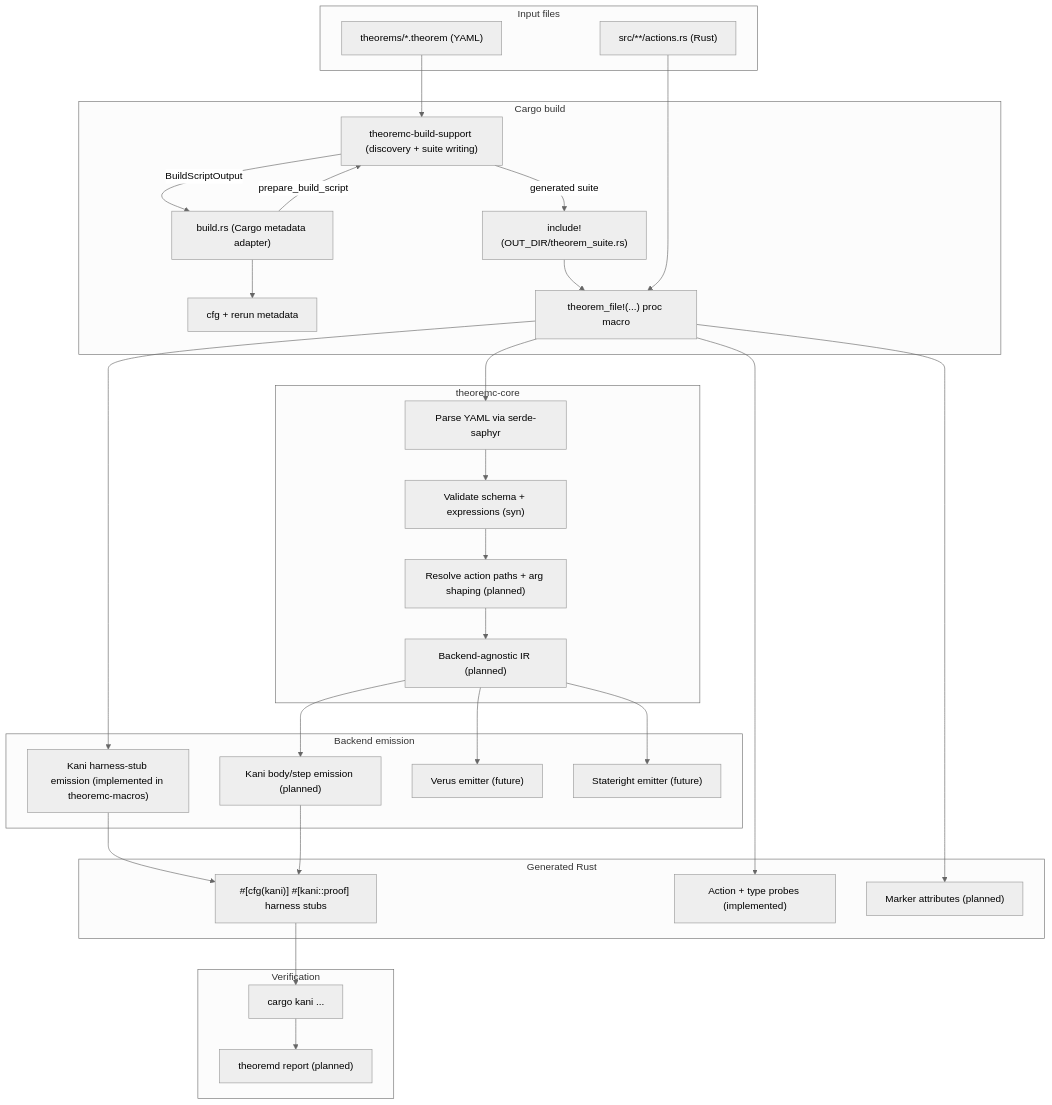
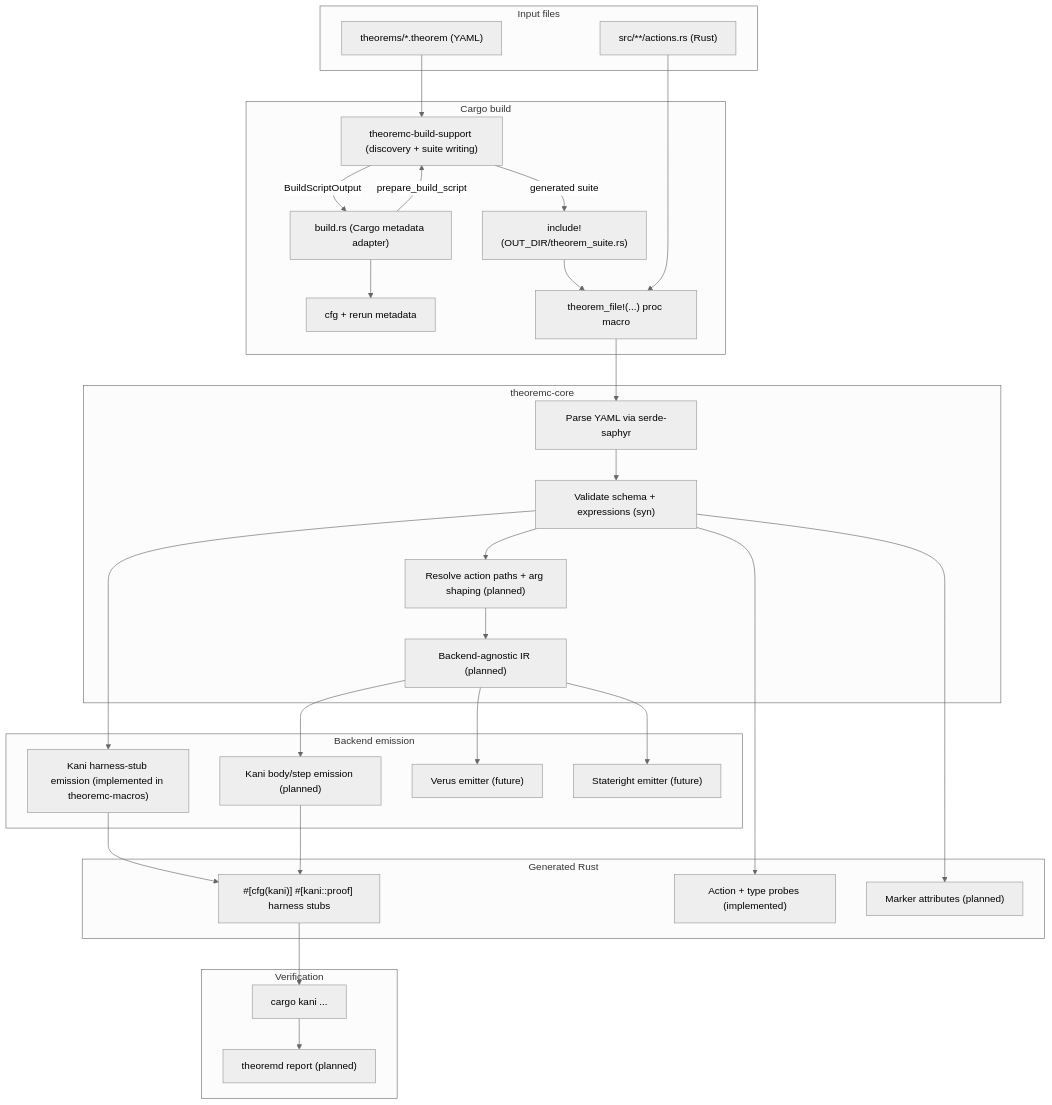
Before and after one commit to leynos/theoremc: the first of 7 diagrams in docs/theoremc-design.md, drawn with Mermaid (neutral theme). The commit also changed other lines of this file, not shown here.

First line of the commit message:
Docs: correct emission ordering in the Kani diagrams

````diff
--- a/docs/theoremc-design.md
+++ b/docs/theoremc-design.md
@@ -126,57 +126,57 @@
 ```mermaid
 flowchart TD
   subgraph Files["Input files"]
     T["theorems/*.theorem (YAML)"]
     A["src/**/actions.rs (Rust)"]
   end
 
   subgraph Cargo["Cargo build"]
     BS["build.rs (Cargo metadata adapter)"]
     SUP["theoremc-build-support (discovery + suite writing)"]
     META["cfg + rerun metadata"]
     INC["include!(OUT_DIR/theorem_suite.rs)"]
     PM["theorem_file!(...) proc macro"]
   end
 
   subgraph Core["theoremc-core"]
     P["Parse YAML via serde-saphyr"]
     V["Validate schema + expressions (syn)"]
     R["Resolve action paths + arg shaping (planned)"]
     IR["Backend-agnostic IR (planned)"]
   end
 
   subgraph Emit["Backend emission"]
     KS["Kani harness-stub emission (implemented in theoremc-macros)"]
     KB["Kani body/step emission (planned)"]
     V2["Verus emitter (future)"]
     S["Stateright emitter (future)"]
   end
 
   subgraph Gen["Generated Rust"]
     H["#[cfg(kani)] #[kani::proof] harness stubs"]
     P2["Action + type probes (implemented)"]
     MA["Marker attributes (planned)"]
   end
 
   subgraph Run["Verification"]
     CK["cargo kani ..."]
     REP["theoremd report (planned)"]
   end
 
   T --> SUP
   BS -->|prepare_build_script| SUP
   SUP -->|BuildScriptOutput| BS
   SUP -->|generated suite| INC --> PM
   BS --> META
   A --> PM
   PM --> P --> V
-  PM --> KS
-  PM --> P2
-  PM --> MA
+  V --> KS
+  V --> P2
+  V --> MA
   V --> R --> IR
   KS --> H
   IR --> KB --> H
   IR --> V2
   IR --> S
   H --> CK --> REP
 ```
````
